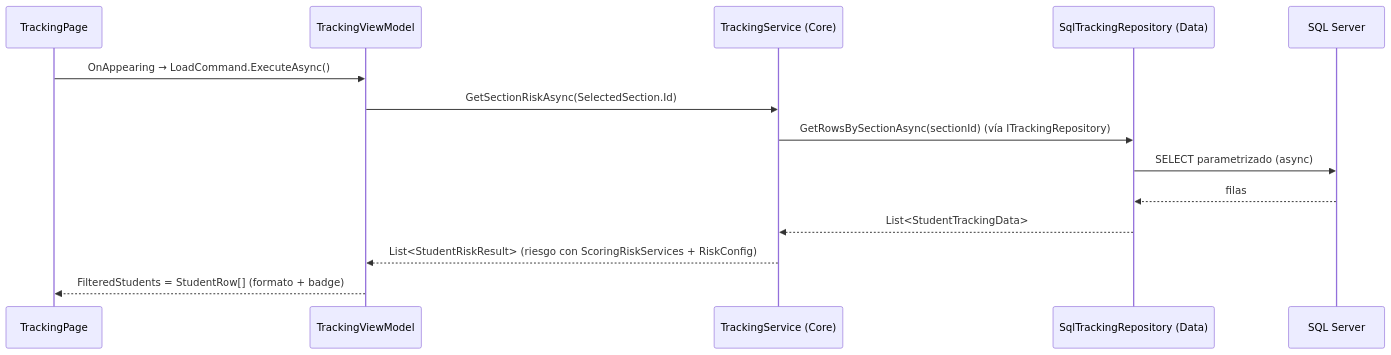
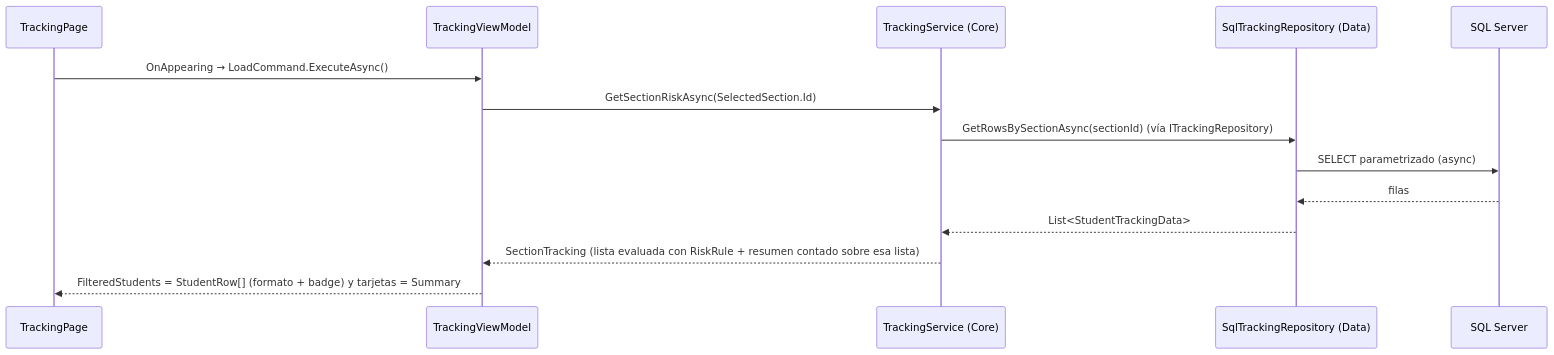
One commit to bautistacarratu06/PP2 changed the second of 3 diagrams in GestionEscolar/ARCHITECTURE.md. Above: the diagram before and after it, drawn with Mermaid. The commit also changed other lines of this file and 35 other files, not shown here.

Commit message:
finish up clean architecture implementation & restore deps & lint unformatted files

````diff
--- a/GestionEscolar/ARCHITECTURE.md
+++ b/GestionEscolar/ARCHITECTURE.md
@@ -176,16 +176,16 @@
 ```mermaid
 sequenceDiagram
     participant P as TrackingPage
     participant VM as TrackingViewModel
     participant S as TrackingService (Core)
     participant R as SqlTrackingRepository (Data)
     participant DB as SQL Server
     P->>VM: OnAppearing → LoadCommand.ExecuteAsync()
     VM->>S: GetSectionRiskAsync(SelectedSection.Id)
     S->>R: GetRowsBySectionAsync(sectionId) (vía ITrackingRepository)
     R->>DB: SELECT parametrizado (async)
     DB-->>R: filas
     R-->>S: List<StudentTrackingData>
-    S-->>VM: List<StudentRiskResult> (riesgo con ScoringRiskServices + RiskConfig)
-    VM-->>P: FilteredStudents = StudentRow[] (formato + badge)
+    S-->>VM: SectionTracking (lista evaluada con RiskRule + resumen contado sobre esa lista)
+    VM-->>P: FilteredStudents = StudentRow[] (formato + badge) y tarjetas = Summary
 ```
````
